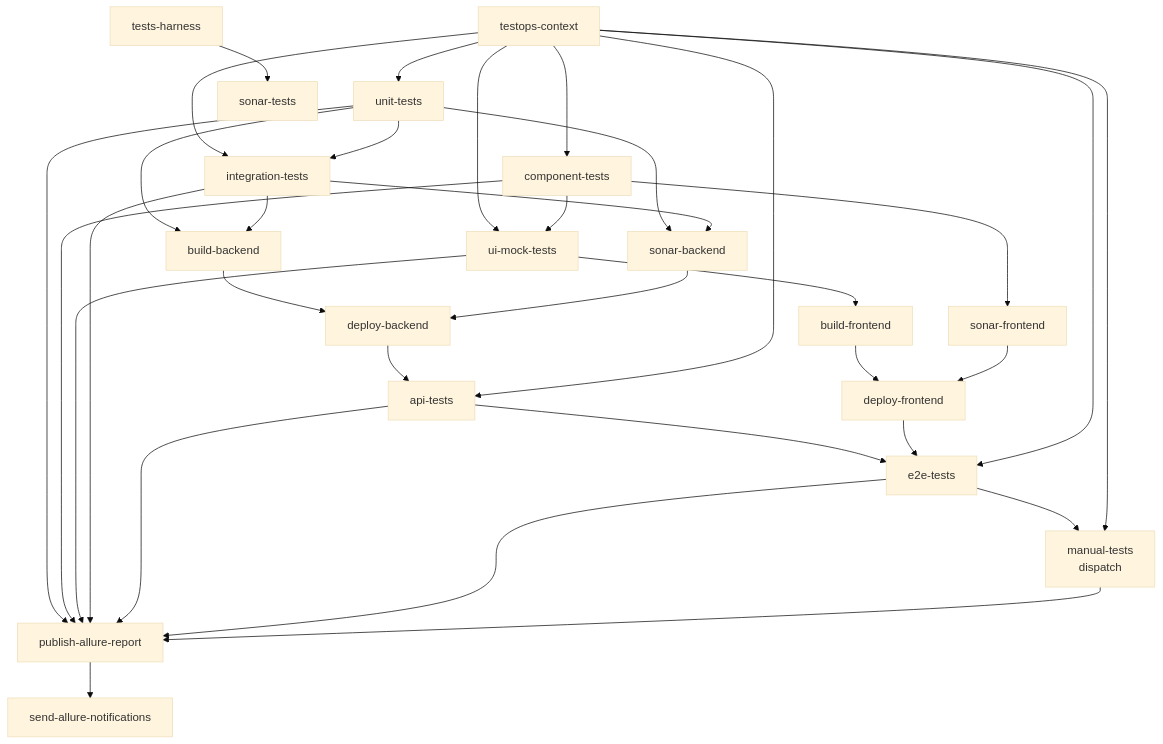
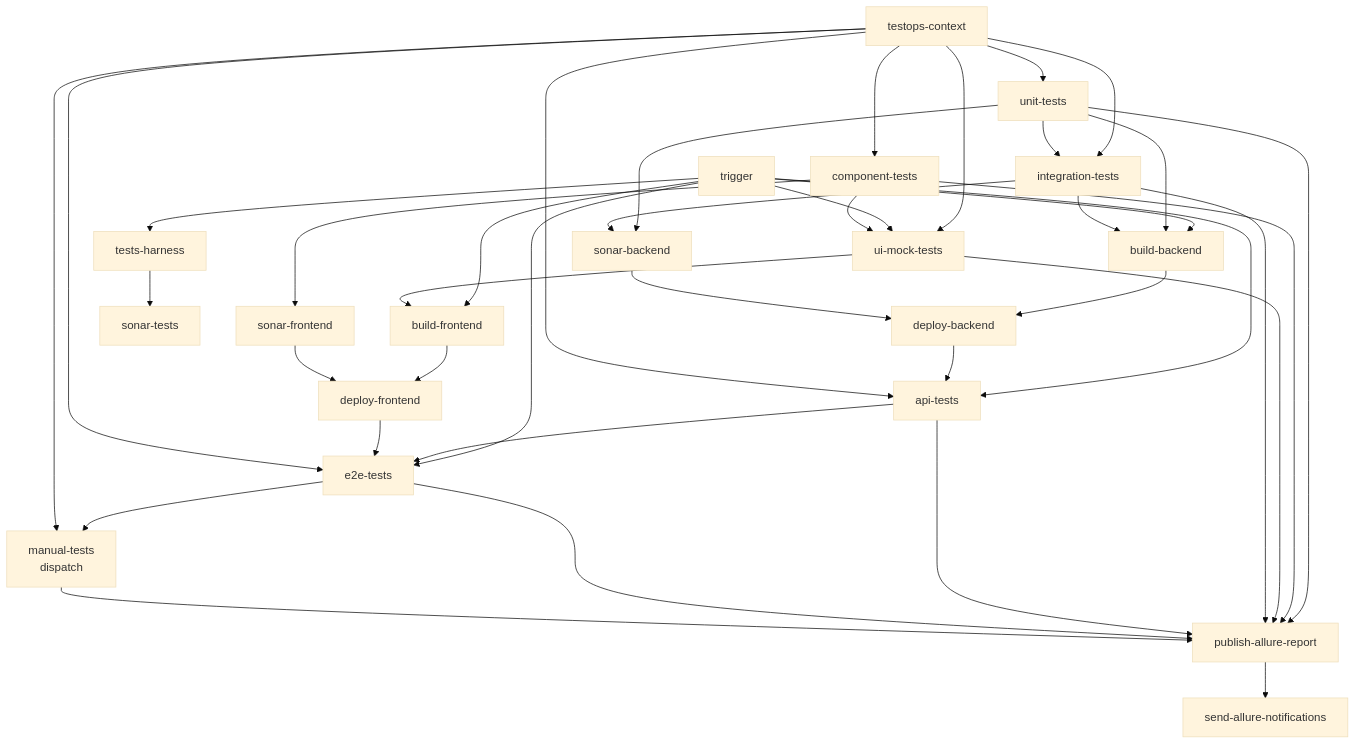
One commit to autotests-ai/autotests-ai-multistack-app changed the diagram in README.md. Above: the diagram before and after it, drawn with Mermaid (base theme). The commit also changed other lines of this file and 4 other files, not shown here.

First line of the commit message:
ci: add tests as a third trigger lane

````diff
--- a/README.md
+++ b/README.md
@@ -79,40 +79,47 @@
 ```mermaid
 flowchart TB
+  TRG[trigger]
   TOC[testops-context]
 
   TOC --> UNIT[unit-tests]
   TOC --> COMP[component-tests]
-  H[tests-harness]
+  TRG --> H[tests-harness]
   TOC --> MOCK[ui-mock-tests]
   TOC --> INT[integration-tests]
+
+  TRG --> MOCK
+  TRG --> BB
+  TRG --> BF
+  TRG --> API
+  TRG --> E2E
 
   UNIT --> INT
   UNIT --> SB[sonar-backend]
   INT --> SB
   COMP --> SF[sonar-frontend]
   COMP --> MOCK
   H --> ST[sonar-tests]
 
   UNIT --> BB[build-backend]
   INT --> BB
   MOCK --> BF[build-frontend]
 
   BB --> DB[deploy-backend]
   SB --> DB
 
   BF --> DF[deploy-frontend]
   SF --> DF
 
   DB --> API[api-tests]
   TOC --> API
 
   API --> E2E[e2e-tests]
   DF --> E2E
   TOC --> E2E
 
   E2E --> MAN[manual-tests<br/>dispatch]
   TOC --> MAN
 
   UNIT & COMP & MOCK & INT & API & E2E & MAN --> PUB[publish-allure-report]
   PUB --> NTF[send-allure-notifications]
 ```
````
